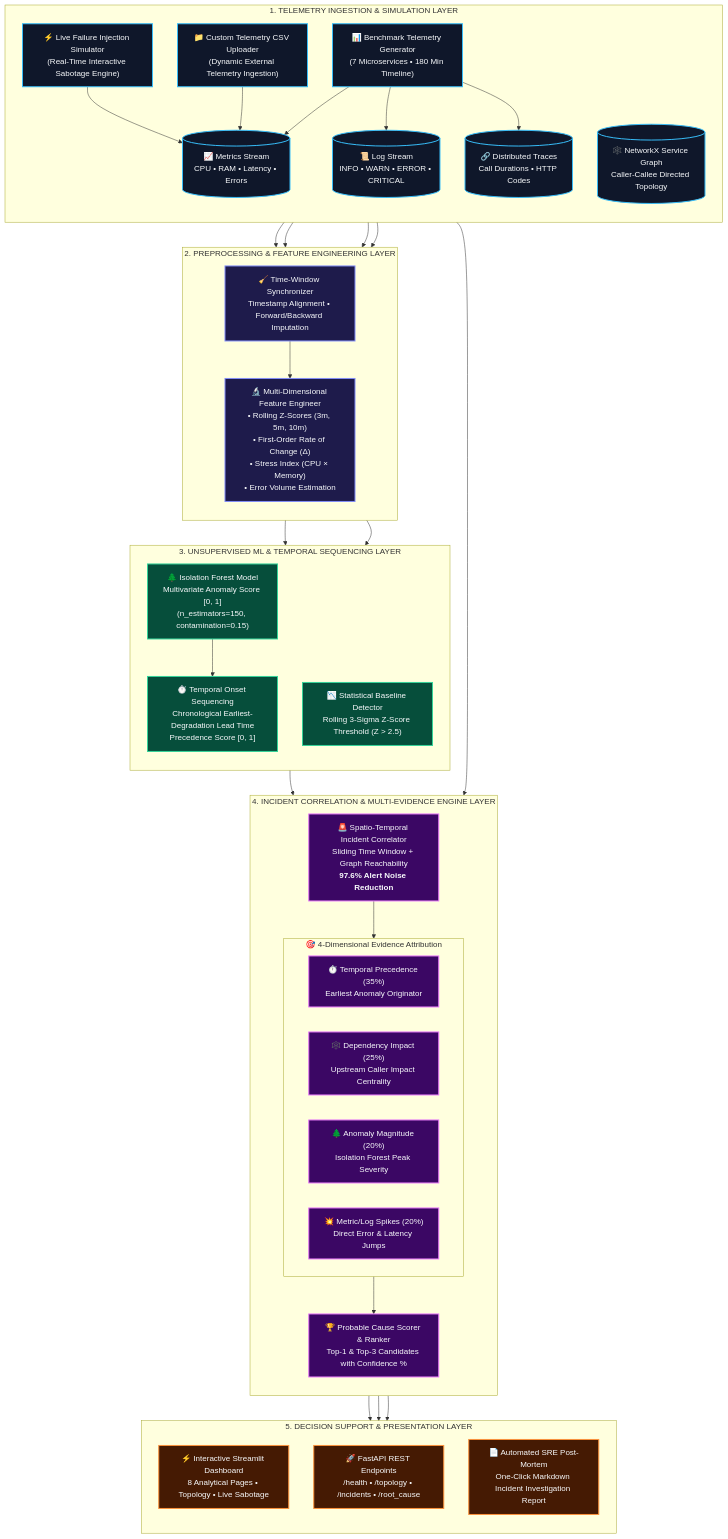
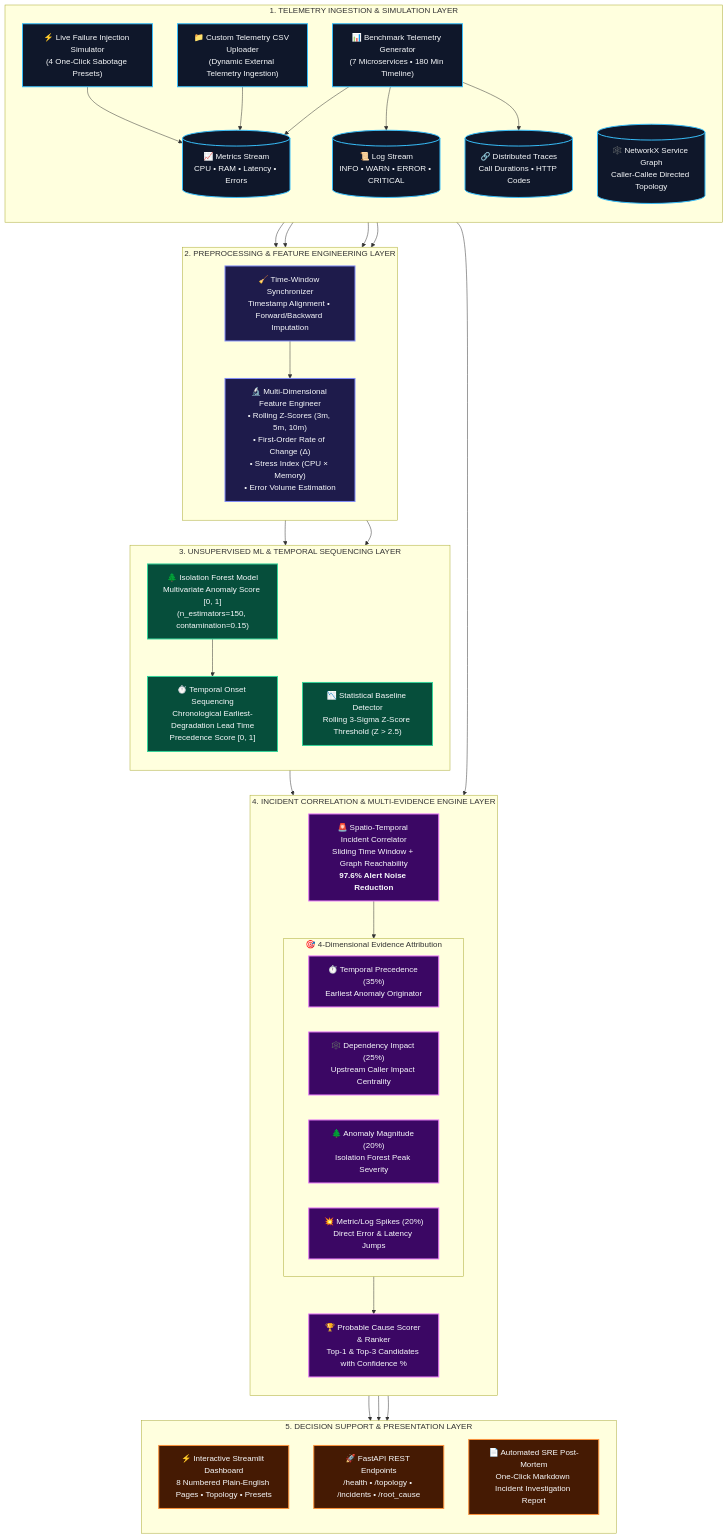
Before and after one commit to BijinVarghese/RootIQ-AI-Powered-Root-Cause-Analysis-and-Incident-Intelligence: the diagram in README.md, drawn with Mermaid. The commit also changed other lines of this file and 2 other files, not shown here.

Commit message:
docs: modernize README and viva cheatsheet with live badges, 24 passing tests, CI workflow, and 8-page guide

````diff
--- a/README.md
+++ b/README.md
@@ -33,79 +36,78 @@
 ```mermaid
 flowchart TB
     subgraph Layer1 ["1. TELEMETRY INGESTION & SIMULATION LAYER"]
         direction TB
         B["📊 Benchmark Telemetry Generator<br/>(7 Microservices • 180 Min Timeline)"]
         U["📁 Custom Telemetry CSV Uploader<br/>(Dynamic External Telemetry Ingestion)"]
-        S["⚡ Live Failure Injection Simulator<br/>(Real-Time Interactive Sabotage Engine)"]
+        S["⚡ Live Failure Injection Simulator<br/>(4 One-Click Sabotage Presets)"]
         
         M[("📈 Metrics Stream<br/>CPU • RAM • Latency • Errors")]
         L[("📜 Log Stream<br/>INFO • WARN • ERROR • CRITICAL")]
         T[("🔗 Distributed Traces<br/>Call Durations • HTTP Codes")]
         G[("🕸️ NetworkX Service Graph<br/>Caller-Callee Directed Topology")]
 
         B --> M & L & T
         U --> M
         S --> M
     end
 
     subgraph Layer2 ["2. PREPROCESSING & FEATURE ENGINEERING LAYER"]
         direction TB
         P["🧹 Time-Window Synchronizer<br/>Timestamp Alignment • Forward/Backward Imputation"]
         FE["🔬 Multi-Dimensional Feature Engineer<br/>• Rolling Z-Scores (3m, 5m, 10m)<br/>• First-Order Rate of Change (Δ)<br/>• Stress Index (CPU × Memory)<br/>• Error Volume Estimation"]
         
         M & L & T --> P
         P --> FE
         G --> FE
     end
 
     subgraph Layer3 ["3. UNSUPERVISED ML & TEMPORAL SEQUENCING LAYER"]
         direction TB
         IF["🌲 Isolation Forest Model<br/>Multivariate Anomaly Score [0, 1]<br/>(n_estimators=150, contamination=0.15)"]
         SB["📉 Statistical Baseline Detector<br/>Rolling 3-Sigma Z-Score Threshold (Z > 2.5)"]
         TO["⏱️ Temporal Onset Sequencing<br/>Chronological Earliest-Degradation Lead Time<br/>Precedence Score [0, 1]"]
         
         FE --> IF & SB
         IF --> TO
     end
 
     subgraph Layer4 ["4. INCIDENT CORRELATION & MULTI-EVIDENCE ENGINE LAYER"]
         direction TB
         IC["🚨 Spatio-Temporal Incident Correlator<br/>Sliding Time Window + Graph Reachability<br/><b>97.6% Alert Noise Reduction</b>"]
         
         subgraph Evidence ["🎯 4-Dimensional Evidence Attribution"]
             E1["⏱️ Temporal Precedence (35%)<br/>Earliest Anomaly Originator"]
             E2["🕸️ Dependency Impact (25%)<br/>Upstream Caller Impact Centrality"]
             E3["🌲 Anomaly Magnitude (20%)<br/>Isolation Forest Peak Severity"]
             E4["💥 Metric/Log Spikes (20%)<br/>Direct Error & Latency Jumps"]
         end
         
         RCA["🏆 Probable Cause Scorer & Ranker<br/>Top-1 & Top-3 Candidates with Confidence %"]
 
         TO --> IC
         G --> IC
         IC --> Evidence
         Evidence --> RCA
     end
 
     subgraph Layer5 ["5. DECISION SUPPORT & PRESENTATION LAYER"]
         direction TB
-        UI["⚡ Interactive Streamlit Dashboard<br/>8 Analytical Pages • Topology • Live Sabotage"]
+        UI["⚡ Interactive Streamlit Dashboard<br/>8 Numbered Plain-English Pages • Topology • Presets"]
         API["🚀 FastAPI REST Endpoints<br/>/health • /topology • /incidents • /root_cause"]
         RPT["📄 Automated SRE Post-Mortem<br/>One-Click Markdown Incident Investigation Report"]
         
         RCA --> UI & API & RPT
     end
 
-    %% Styling Classes for Dark and Light Theme Clarity
     classDef l1 fill:#0f172a,stroke:#38bdf8,stroke-width:2px,color:#f8fafc;
     classDef l2 fill:#1e1b4b,stroke:#818cf8,stroke-width:2px,color:#f8fafc;
     classDef l3 fill:#064e3b,stroke:#34d399,stroke-width:2px,color:#f8fafc;
     classDef l4 fill:#3b0764,stroke:#e879f9,stroke-width:2px,color:#f8fafc;
     classDef l5 fill:#451a03,stroke:#fb923c,stroke-width:2px,color:#f8fafc;
 
     class B,U,S,M,L,T,G l1;
     class P,FE l2;
     class IF,SB,TO l3;
     class IC,E1,E2,E3,E4,RCA l4;
     class UI,API,RPT l5;
 ```
````
